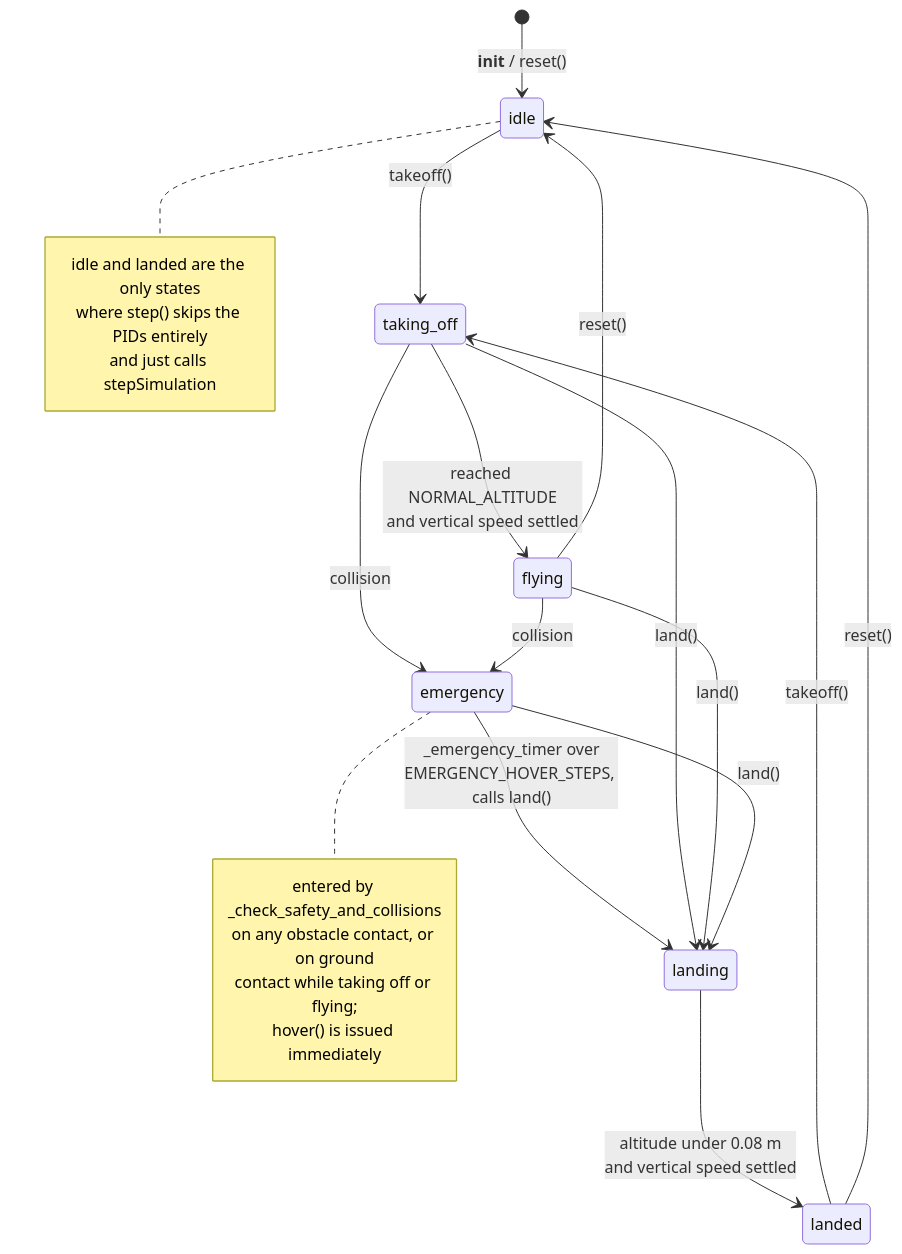
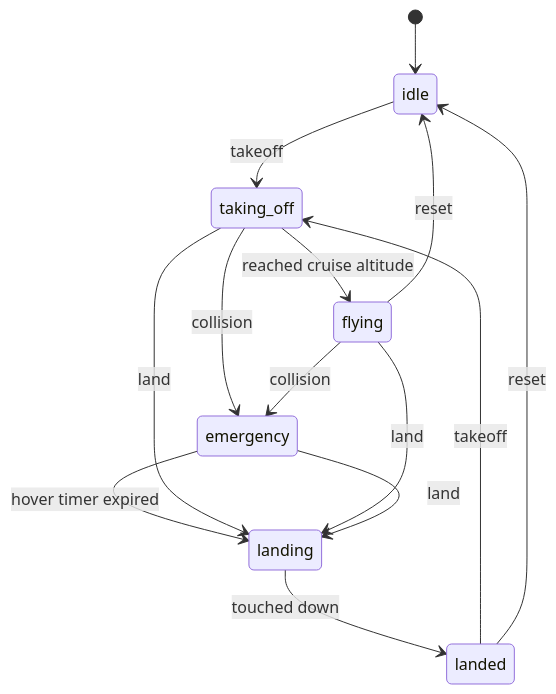
One commit to Parth-Joshi0/Fly-Brain-Drone changed the fifth of 8 diagrams in Simulator/UML.md. Above: the diagram before and after it, drawn with Mermaid. The commit also changed other lines of this file, not shown here.

Commit message:
UML changes

````diff
--- a/Simulator/UML.md
+++ b/Simulator/UML.md
@@ -386,32 +463,20 @@
 ```mermaid
 stateDiagram-v2
-    [*] --> idle : __init__ / reset()
+    [*] --> idle
 
-    idle --> taking_off : takeoff()
-    landed --> taking_off : takeoff()
-    taking_off --> flying : reached NORMAL_ALTITUDE<br/>and vertical speed settled
+    idle --> taking_off : takeoff
+    landed --> taking_off : takeoff
+    taking_off --> flying : reached cruise altitude
 
     taking_off --> emergency : collision
     flying --> emergency : collision
-    emergency --> landing : _emergency_timer over<br/>EMERGENCY_HOVER_STEPS, calls land()
+    emergency --> landing : hover timer expired
 
-    taking_off --> landing : land()
-    flying --> landing : land()
-    emergency --> landing : land()
-    landing --> landed : altitude under 0.08 m<br/>and vertical speed settled
+    taking_off --> landing : land
+    flying --> landing : land
+    emergency --> landing : land
+    landing --> landed : touched down
 
-    landed --> idle : reset()
-    flying --> idle : reset()
-
-    note right of idle
-        idle and landed are the only states
-        where step() skips the PIDs entirely
-        and just calls stepSimulation
-    end note
-    note right of emergency
-        entered by _check_safety_and_collisions
-        on any obstacle contact, or on ground
-        contact while taking off or flying;
-        hover() is issued immediately
-    end note
+    landed --> idle : reset
+    flying --> idle : reset
 ```
````
